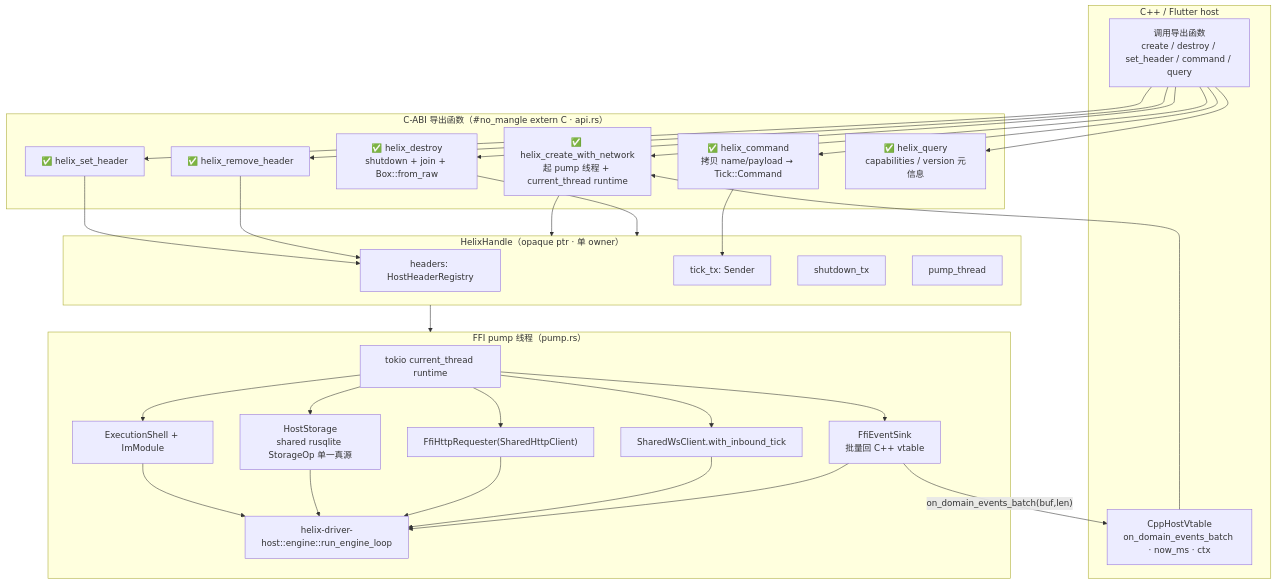
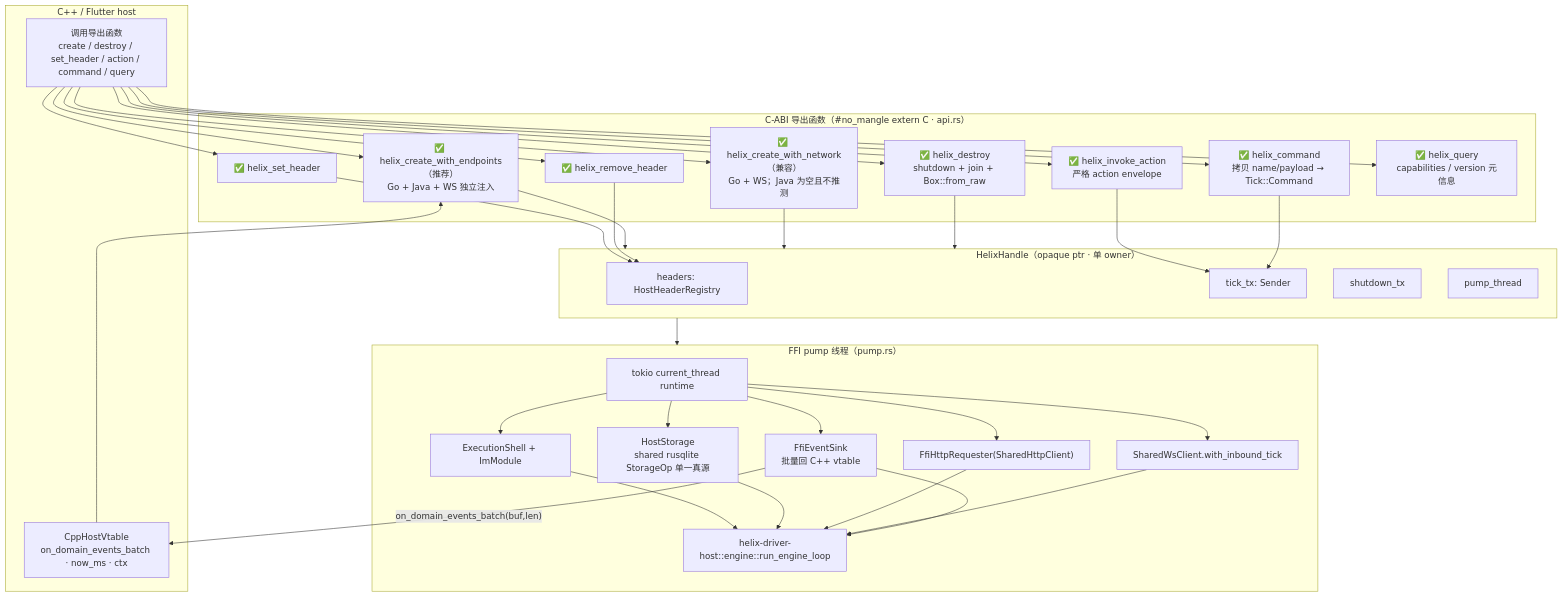
Before and after one commit to zxs1633079383/helix: the diagram in crates/helix-driver-ffi/docs/design/01-c-abi-boundary.mmd, drawn with Mermaid. The commit also changed 81 other files, not shown here.

```diff
--- a/crates/helix-driver-ffi/docs/design/01-c-abi-boundary.mmd
+++ b/crates/helix-driver-ffi/docs/design/01-c-abi-boundary.mmd
@@ -1,62 +1,68 @@
 %% helix-driver-ffi — C-ABI 边界全景（F4 后）
 %% C++/Flutter host ↔ C-ABI 导出函数 ↔ Rust pump / shared host driver
 %% 真源：crates/helix-driver-ffi/src/{api.rs,pump.rs,event_sink.rs,http.rs,vtable.rs}
 
 flowchart TD
     subgraph HOST["C++ / Flutter host"]
-        HCMD["调用导出函数<br/>create / destroy / set_header / command / query"]
+        HCMD["调用导出函数<br/>create / destroy / set_header / action / command / query"]
         HVT["CppHostVtable<br/>on_domain_events_batch · now_ms · ctx"]
     end
 
     subgraph ABI["C-ABI 导出函数（#no_mangle extern C · api.rs）"]
-        E_CREATE["✅ helix_create_with_network<br/>起 pump 线程 + current_thread runtime"]
+        E_CREATE["✅ helix_create_with_endpoints（推荐）<br/>Go + Java + WS 独立注入"]
+        E_CREATE_LEGACY["✅ helix_create_with_network（兼容）<br/>Go + WS；Java 为空且不推测"]
         E_DESTROY["✅ helix_destroy<br/>shutdown + join + Box::from_raw"]
         E_SETH["✅ helix_set_header"]
         E_RMH["✅ helix_remove_header"]
+        E_ACTION["✅ helix_invoke_action<br/>严格 action envelope"]
         E_CMD["✅ helix_command<br/>拷贝 name/payload → Tick::Command"]
         E_QUERY["✅ helix_query<br/>capabilities / version 元信息"]
     end
 
     subgraph HANDLE["HelixHandle（opaque ptr · 单 owner）"]
         H_HDR["headers: HostHeaderRegistry"]
         H_TICK["tick_tx: Sender<Tick>"]
         H_SHUT["shutdown_tx"]
         H_THREAD["pump_thread"]
     end
 
     subgraph PUMP["FFI pump 线程（pump.rs）"]
         RUNTIME["tokio current_thread runtime"]
         SHELL["ExecutionShell + ImModule"]
         STORE["HostStorage<br/>shared rusqlite StorageOp 单一真源"]
         HTTP["FfiHttpRequester(SharedHttpClient)"]
         WS["SharedWsClient.with_inbound_tick"]
         SINK["FfiEventSink<br/>批量回 C++ vtable"]
         ENGINE["helix-driver-host::engine::run_engine_loop"]
     end
 
     HCMD --> E_CREATE
+    HCMD --> E_CREATE_LEGACY
     HCMD --> E_SETH
     HCMD --> E_RMH
+    HCMD --> E_ACTION
     HCMD --> E_CMD
     HCMD --> E_QUERY
     HCMD --> E_DESTROY
     HVT --> E_CREATE
 
     E_CREATE --> HANDLE
+    E_CREATE_LEGACY --> HANDLE
     E_DESTROY --> HANDLE
     E_SETH --> H_HDR
     E_RMH --> H_HDR
+    E_ACTION --> H_TICK
     E_CMD --> H_TICK
 
     HANDLE --> PUMP
     RUNTIME --> SHELL
     RUNTIME --> STORE
     RUNTIME --> HTTP
     RUNTIME --> WS
     RUNTIME --> SINK
     SHELL --> ENGINE
     STORE --> ENGINE
     HTTP --> ENGINE
     WS --> ENGINE
     SINK --> ENGINE
     SINK -->|"on_domain_events_batch(buf,len)"| HVT
```
